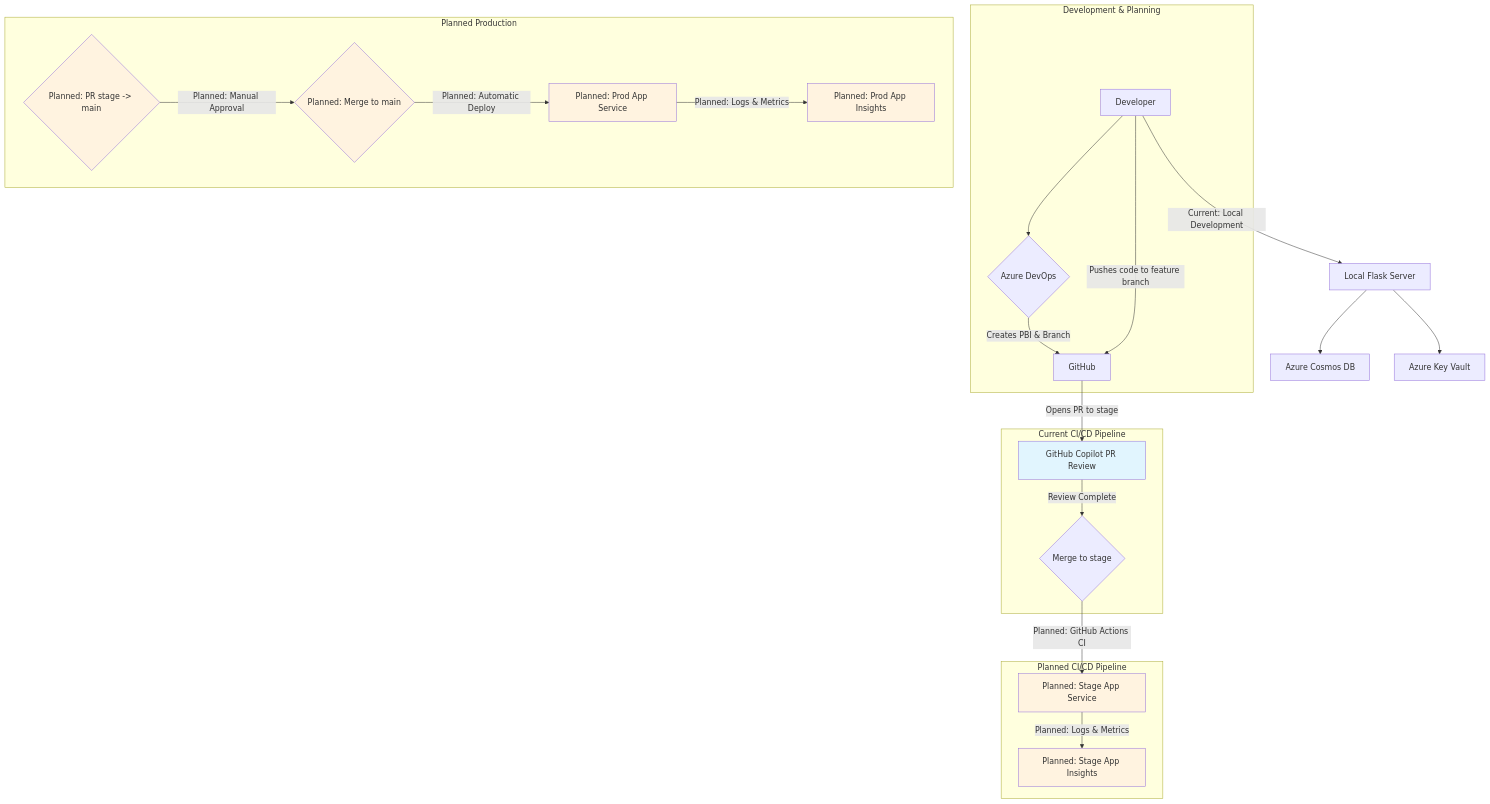
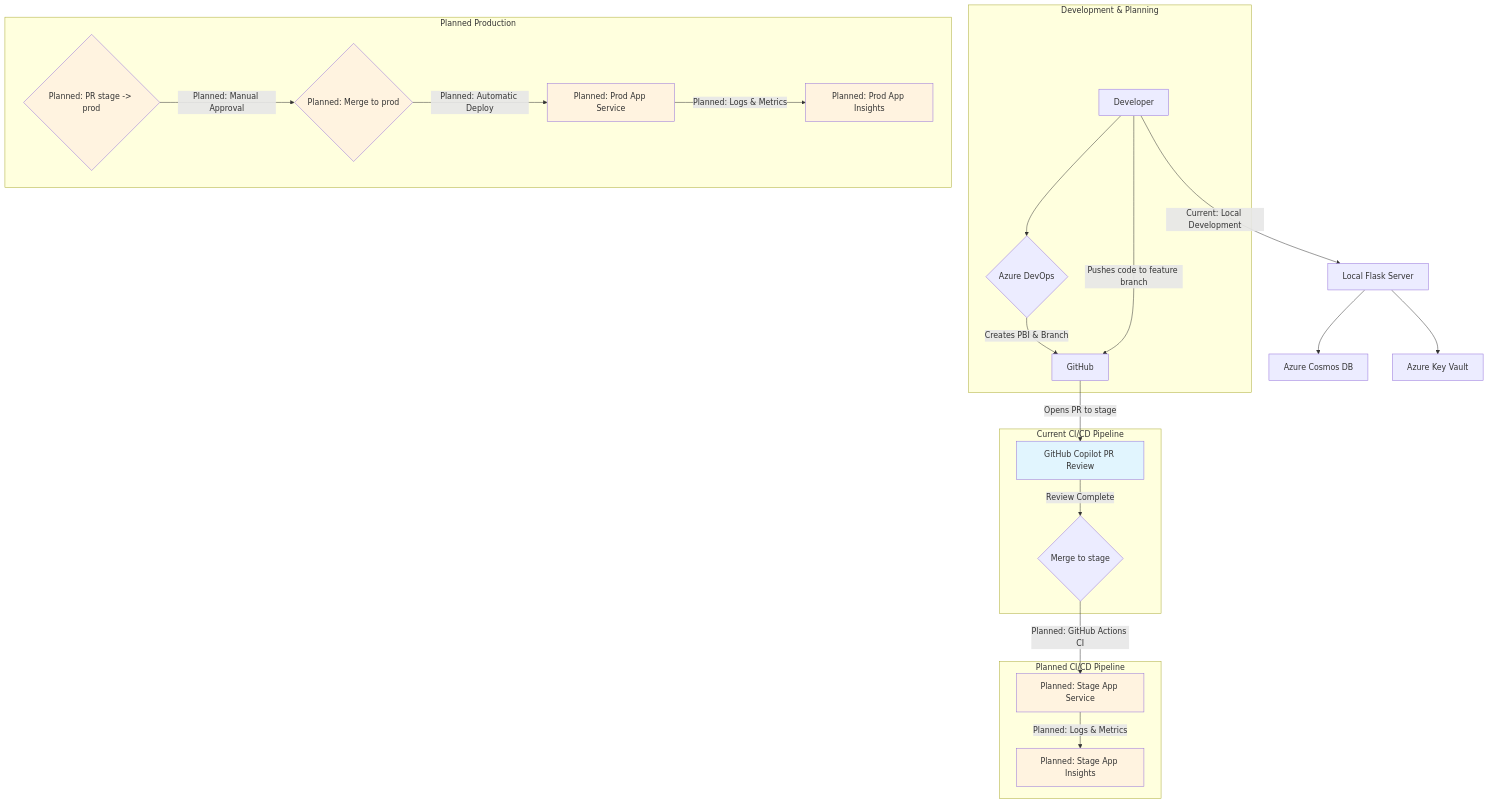
One commit to professorplum/picky changed the diagram in docs/architecture.md. Above: the diagram before and after it, drawn with Mermaid. The commit also changed other lines of this file and 4 other files, not shown here.

Commit message:
Add GitHub Actions workflows for production and staging deployments; update architecture and development workflow documentation for branch naming changes

````diff
--- a/docs/architecture.md
+++ b/docs/architecture.md
@@ -54,36 +54,36 @@
 ```mermaid
 graph TD
     subgraph "Development & Planning"
         A[Developer] --> B{Azure DevOps};
         B -- "Creates PBI & Branch" --> C[GitHub];
     end
 
     subgraph "Current CI/CD Pipeline"
         A -- "Pushes code to feature branch" --> C;
         C -- "Opens PR to stage" --> D[GitHub Copilot PR Review];
         D -- "Review Complete" --> E{Merge to stage};
     end
 
     subgraph "Planned CI/CD Pipeline"
         E -- "Planned: GitHub Actions CI" --> F[Planned: Stage App Service];
         F -- "Planned: Logs & Metrics" --> G[Planned: Stage App Insights];
     end
 
     subgraph "Planned Production"
-        H{Planned: PR stage -> main} -- "Planned: Manual Approval" --> I{Planned: Merge to main};
+        H{Planned: PR stage -> prod} -- "Planned: Manual Approval" --> I{Planned: Merge to prod};
         I -- "Planned: Automatic Deploy" --> J[Planned: Prod App Service];
         J -- "Planned: Logs & Metrics" --> K[Planned: Prod App Insights];
     end
 
     A -- "Current: Local Development" --> L[Local Flask Server];
     L --> M[Azure Cosmos DB];
     L --> N[Azure Key Vault];
     
     style D fill:#e1f5fe
     style F fill:#fff3e0
     style G fill:#fff3e0
     style H fill:#fff3e0
     style I fill:#fff3e0
     style J fill:#fff3e0
     style K fill:#fff3e0
 ```
````
